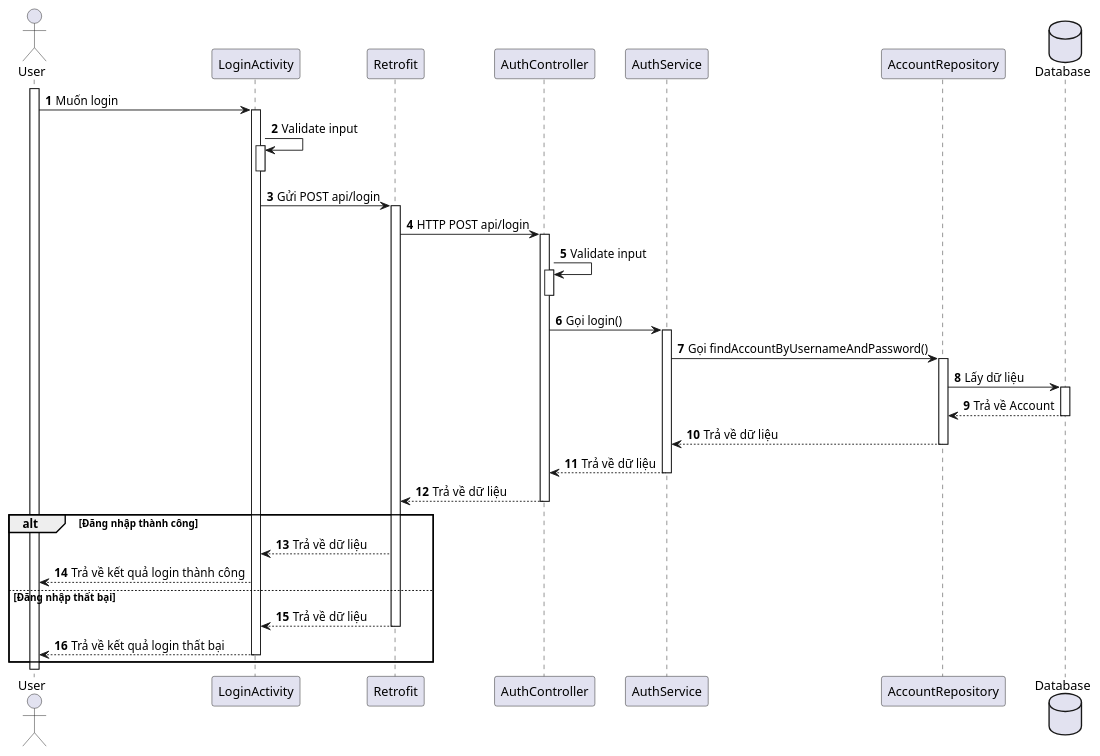
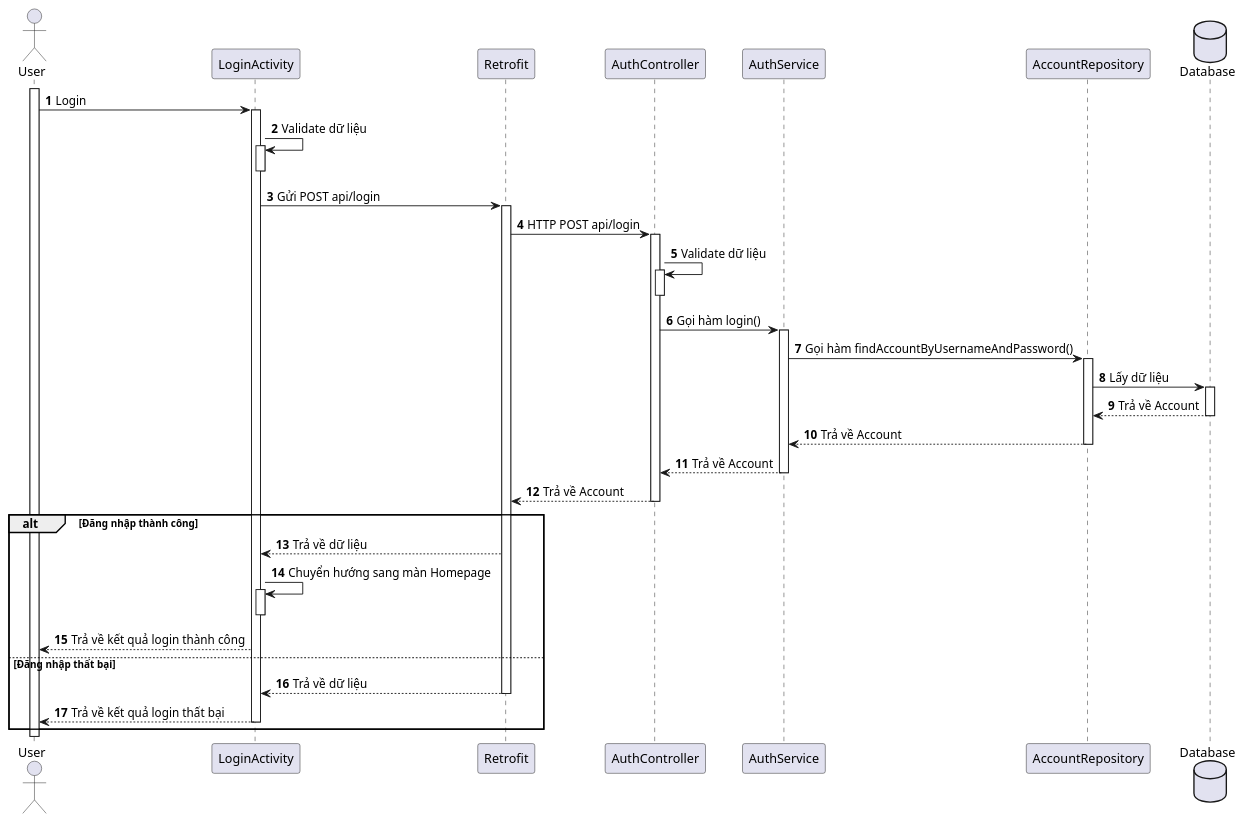
Before and after one commit to Annthe160639/japanese-app: the diagram in japanese-app/plant_uml/[Sequence] Login.puml, drawn with PlantUML. The commit also changed 1 other file, not shown here.

Commit message:
feat: update Login & Radical_List sequence diagram

```diff
--- a/japanese-app/plant_uml/[Sequence] Login.puml
+++ b/japanese-app/plant_uml/[Sequence] Login.puml
@@ -1,52 +1,55 @@
 @startuml
 'https://plantuml.com/sequence-diagram
 
 'use case: đăng nhập
 
 actor User
 
 participant LoginActivity as Login
 participant Retrofit
 participant AuthController
 participant AuthService
 participant AccountRepository
 
 database Database
 
 activate User
 
 autonumber
-User -> Login: Muốn login
+User -> Login: Login
 activate Login
-Login -> Login: Validate input
+Login -> Login: Validate dữ liệu
 activate Login
 deactivate Login
 
 Login -> Retrofit: Gửi POST api/login
 activate Retrofit
 Retrofit -> AuthController++: HTTP POST api/login
 
-AuthController -> AuthController: Validate input
+AuthController -> AuthController: Validate dữ liệu
 activate AuthController
 deactivate AuthController
-AuthController -> AuthService++: Gọi login()
-AuthService -> AccountRepository++: Gọi findAccountByUsernameAndPassword()
+AuthController -> AuthService++: Gọi hàm login()
+AuthService -> AccountRepository++: Gọi hàm findAccountByUsernameAndPassword()
 AccountRepository -> Database++: Lấy dữ liệu
 
 Database --> AccountRepository--: Trả về Account
-AccountRepository --> AuthService--: Trả về dữ liệu
-AuthService --> AuthController--: Trả về dữ liệu
-AuthController --> Retrofit--: Trả về dữ liệu
+AccountRepository --> AuthService--: Trả về Account
+AuthService --> AuthController--: Trả về Account
+AuthController --> Retrofit--: Trả về Account
 
 
 alt Đăng nhập thành công
     Retrofit --> Login: Trả về dữ liệu
+    Login -> Login: Chuyển hướng sang màn Homepage
+    activate Login
+    deactivate Login
     Login --> User: Trả về kết quả login thành công
 
 else Đăng nhập thất bại
     Retrofit --> Login: Trả về dữ liệu
     deactivate Retrofit
     Login --> User: Trả về kết quả login thất bại
     deactivate Login
     end
 @enduml
```
